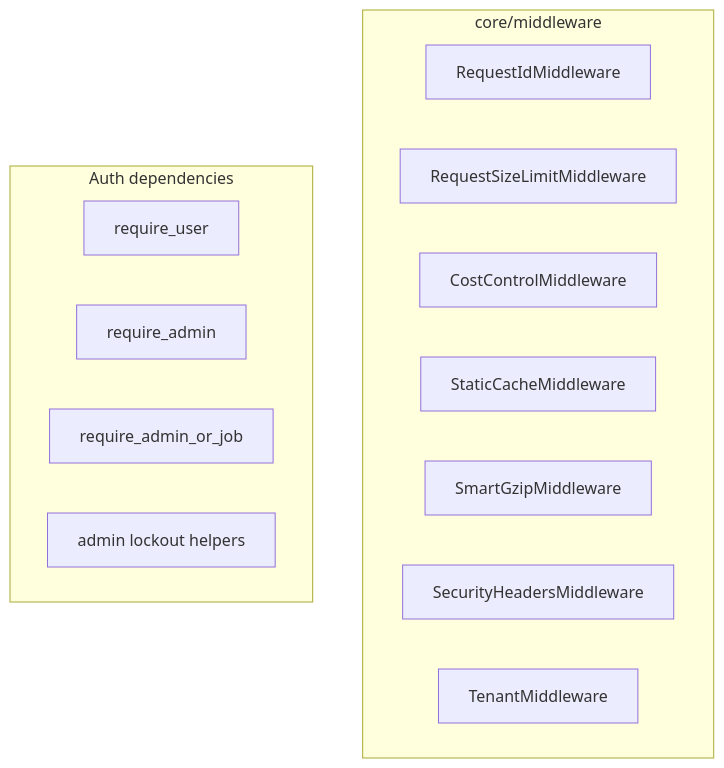
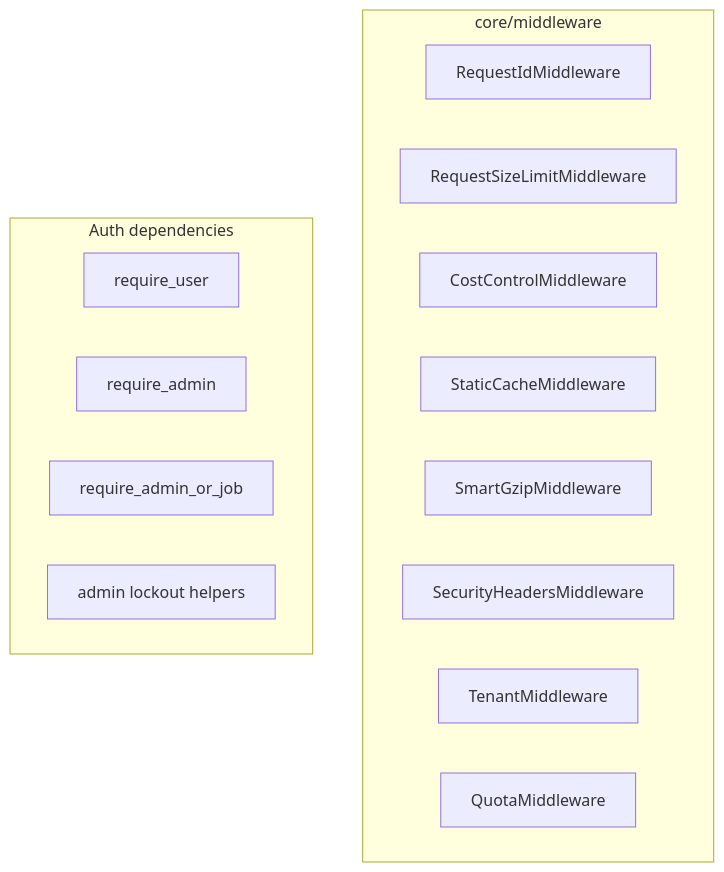
One commit to baselithcore/plugin-baselithbot changed the diagram in mkdocs-site/docs/core-modules/middleware.md. Above: the diagram before and after it, drawn with Mermaid. The commit also changed other lines of this file and 8 other files, not shown here.

Commit message:
docs: document QuotaMiddleware, tenant-scoped plugin storage, and database RLS configuration

````diff
--- a/mkdocs-site/docs/core-modules/middleware.md
+++ b/mkdocs-site/docs/core-modules/middleware.md
@@ -14,19 +14,20 @@
 ```mermaid
 graph TB
     subgraph MW["core/middleware"]
         ReqId[RequestIdMiddleware]
         Size[RequestSizeLimitMiddleware]
         Cost[CostControlMiddleware]
         StaticCache[StaticCacheMiddleware]
         Gzip[SmartGzipMiddleware]
         SecHdr[SecurityHeadersMiddleware]
         Tenant[TenantMiddleware]
+        Quota[QuotaMiddleware]
     end
 
     subgraph Deps["Auth dependencies"]
         ReqUser[require_user]
         ReqAdmin[require_admin]
         ReqJob[require_admin_or_job]
         Lockout[admin lockout helpers]
     end
 ```
````
